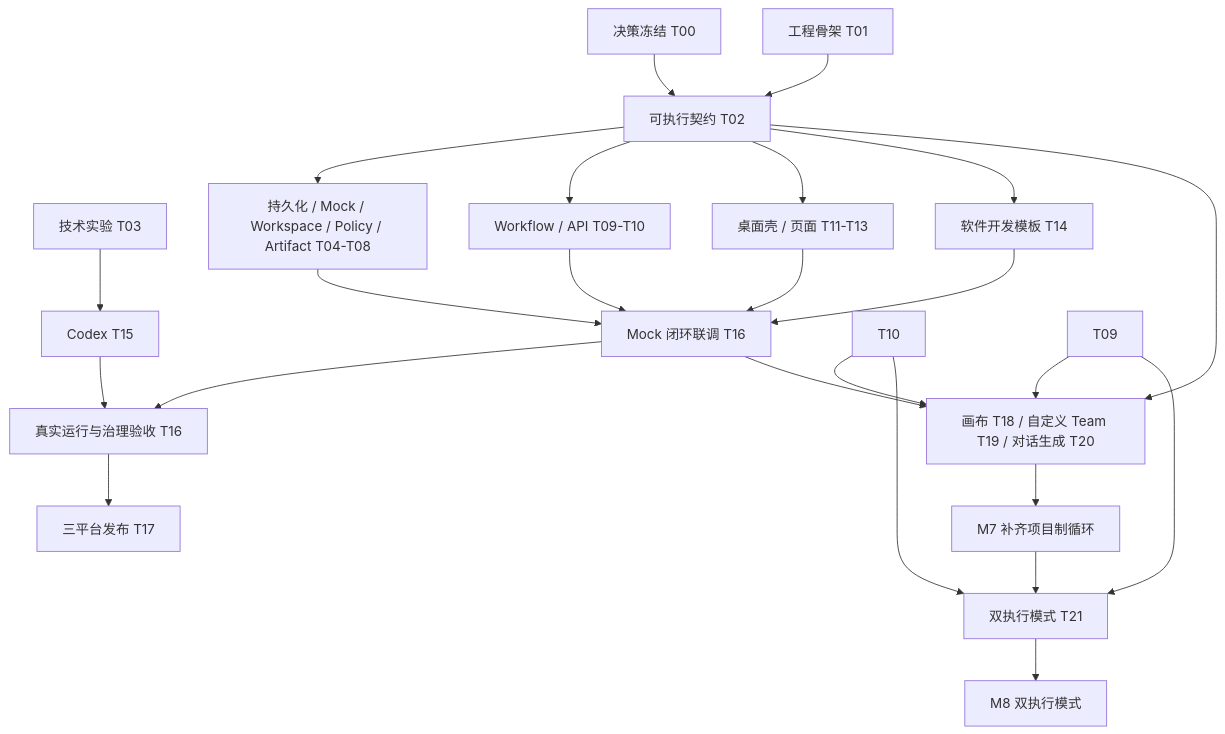
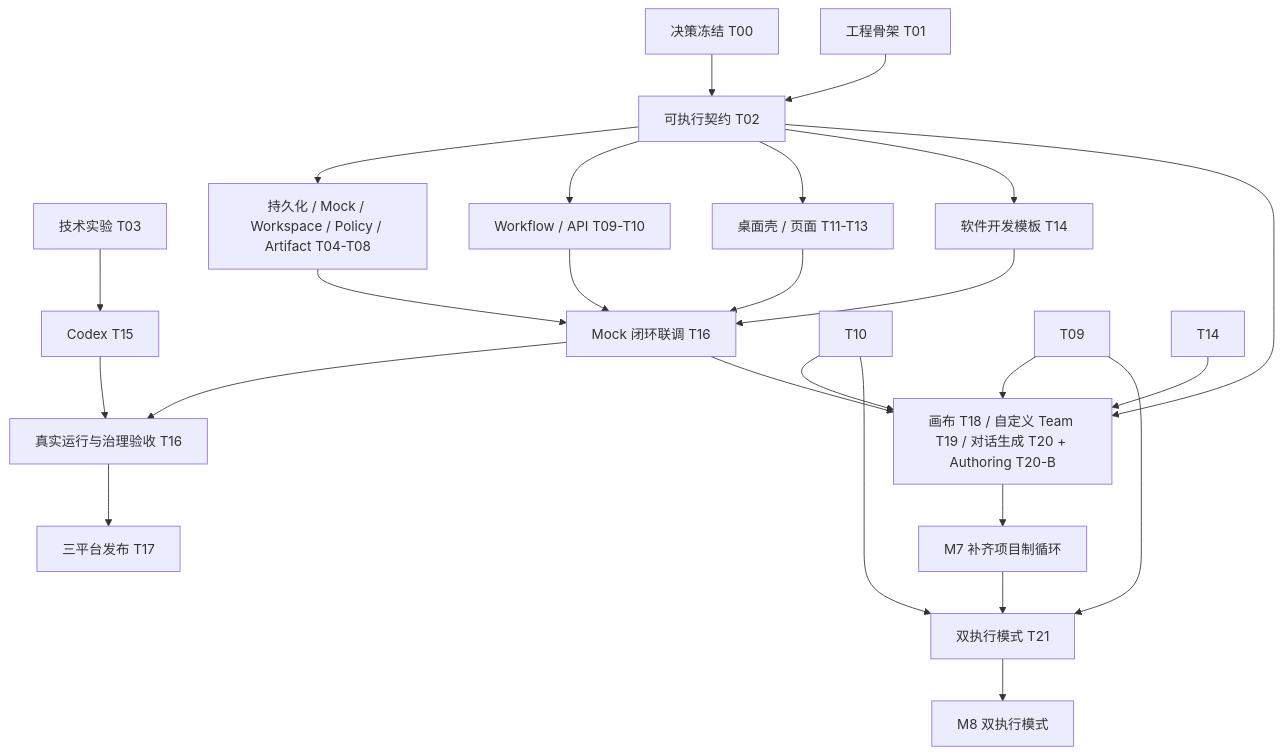
Before and after one commit to nicechencs/workforce: the diagram in docs/planning/02-development-task-backlog.md, drawn with Mermaid. The commit also changed other lines of this file and 29 other files, not shown here.

First line of the commit message:
docs: align D15-D18 contracts, flows, and docs checks

```diff
--- a/docs/planning/02-development-task-backlog.md
+++ b/docs/planning/02-development-task-backlog.md
@@ -33,26 +41,27 @@
 ~~~mermaid
 flowchart TD
   T00[决策冻结 T00] --> T02[可执行契约 T02]
   T01[工程骨架 T01] --> T02
   T03[技术实验 T03] --> T15[Codex T15]
   T02 --> Infra[持久化 / Mock / Workspace / Policy / Artifact T04-T08]
   T02 --> Core[Workflow / API T09-T10]
   T02 --> Desktop[桌面壳 / 页面 T11-T13]
   T02 --> Template[软件开发模板 T14]
   Infra --> M3[Mock 闭环联调 T16]
   Core --> M3
   Desktop --> M3
   Template --> M3
   M3 --> Live[真实运行与治理验收 T16]
   T15 --> Live
   Live --> T17[三平台发布 T17]
-  T02 --> Orchestration[画布 T18 / 自定义 Team T19 / 对话生成 T20]
+  T02 --> Orchestration[画布 T18 / 自定义 Team T19 / 对话生成 T20 + Authoring T20-B]
   T10 --> Orchestration
   T09 --> Orchestration
   M3 --> Orchestration
+  T14 --> Orchestration
   Orchestration --> M7[M7 补齐项目制循环]
   M7 --> Dual[双执行模式 T21]
   T09 --> Dual
   T10 --> Dual
   Dual --> M8[M8 双执行模式]
 ~~~
```
